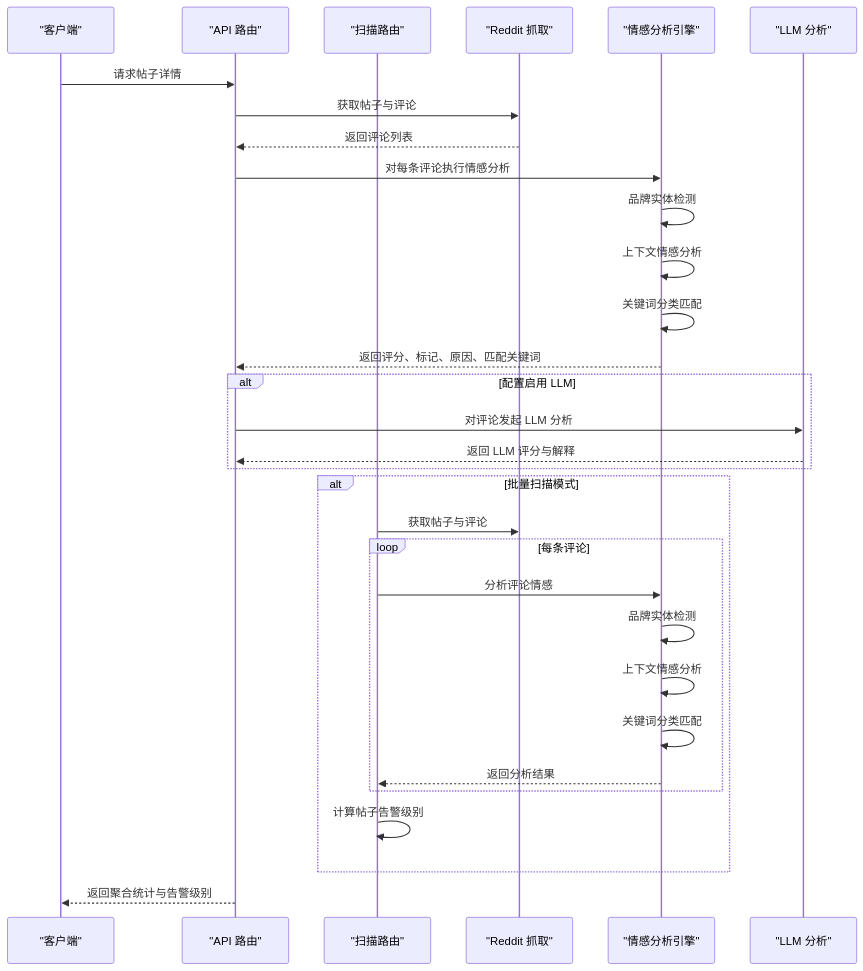
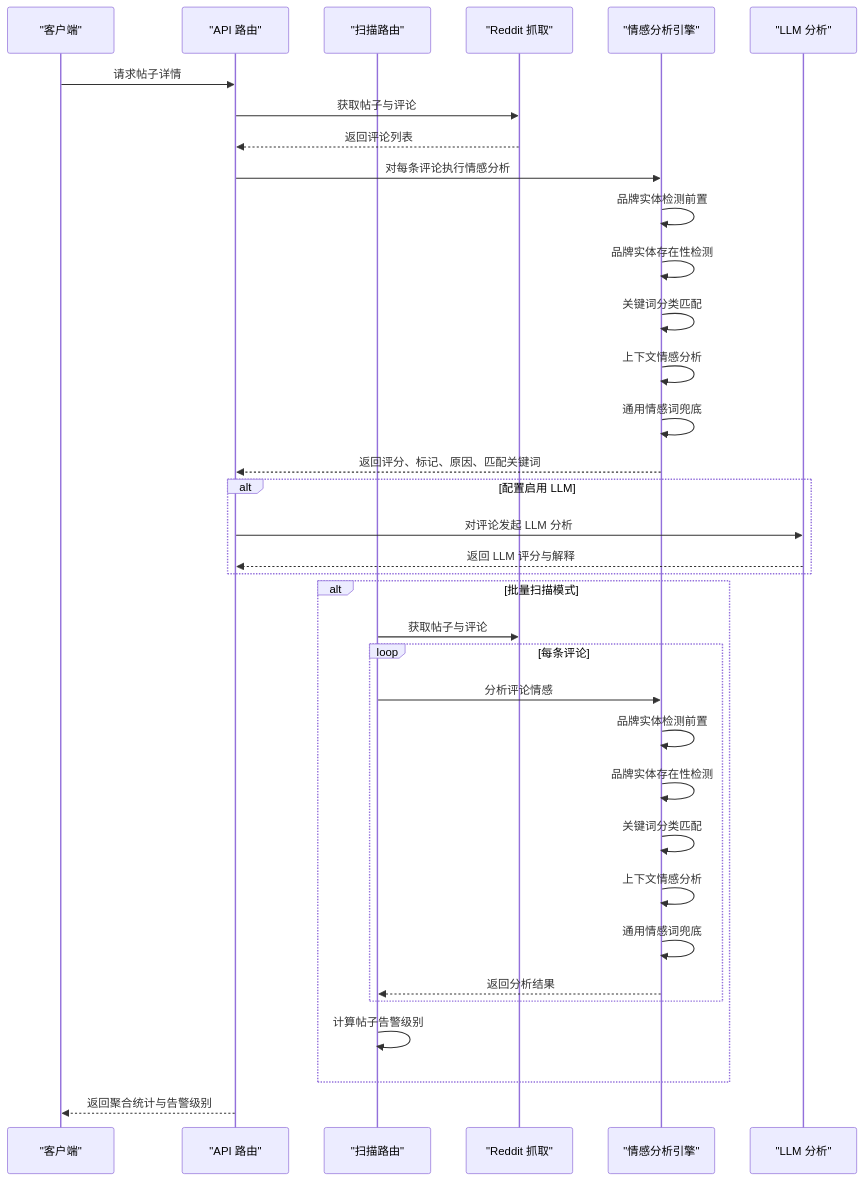
Before and after one commit to zezzezzez/reddit: the second of 8 diagrams in .qoder/repowiki/zh/content/核心模块/情感分析引擎.md, drawn with Mermaid. The commit also changed other lines of this file and 9 other files, not shown here.

````diff
--- a/.qoder/repowiki/zh/content/核心模块/情感分析引擎.md
+++ b/.qoder/repowiki/zh/content/核心模块/情感分析引擎.md
@@ -112,33 +113,37 @@
 ```mermaid
 sequenceDiagram
 participant Client as "客户端"
 participant API as "API 路由"
 participant Scan as "扫描路由"
 participant Reddit as "Reddit 抓取"
 participant Engine as "情感分析引擎"
 participant LLM as "LLM 分析"
 Client->>API : 请求帖子详情
 API->>Reddit : 获取帖子与评论
 Reddit-->>API : 返回评论列表
 API->>Engine : 对每条评论执行情感分析
-Engine->>Engine : 品牌实体检测
+Engine->>Engine : 品牌实体检测前置
+Engine->>Engine : 品牌实体存在性检测
+Engine->>Engine : 关键词分类匹配
 Engine->>Engine : 上下文情感分析
-Engine->>Engine : 关键词分类匹配
+Engine->>Engine : 通用情感词兜底
 Engine-->>API : 返回评分、标记、原因、匹配关键词
 alt 配置启用 LLM
 API->>LLM : 对评论发起 LLM 分析
 LLM-->>API : 返回 LLM 评分与解释
 end
 alt 批量扫描模式
 Scan->>Reddit : 获取帖子与评论
 Loop 每条评论
 Scan->>Engine : 分析评论情感
-Engine->>Engine : 品牌实体检测
+Engine->>Engine : 品牌实体检测前置
+Engine->>Engine : 品牌实体存在性检测
+Engine->>Engine : 关键词分类匹配
 Engine->>Engine : 上下文情感分析
-Engine->>Engine : 关键词分类匹配
+Engine->>Engine : 通用情感词兜底
 Engine-->>Scan : 返回分析结果
 end
 Scan->>Scan : 计算帖子告警级别
 end
 API-->>Client : 返回聚合统计与告警级别
 ```
````
